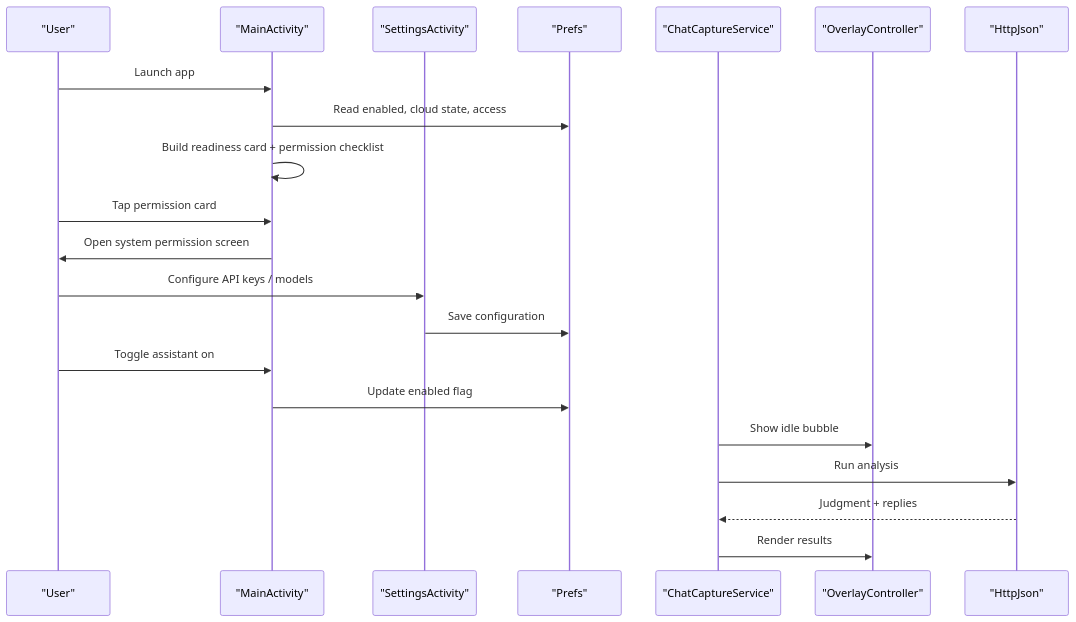
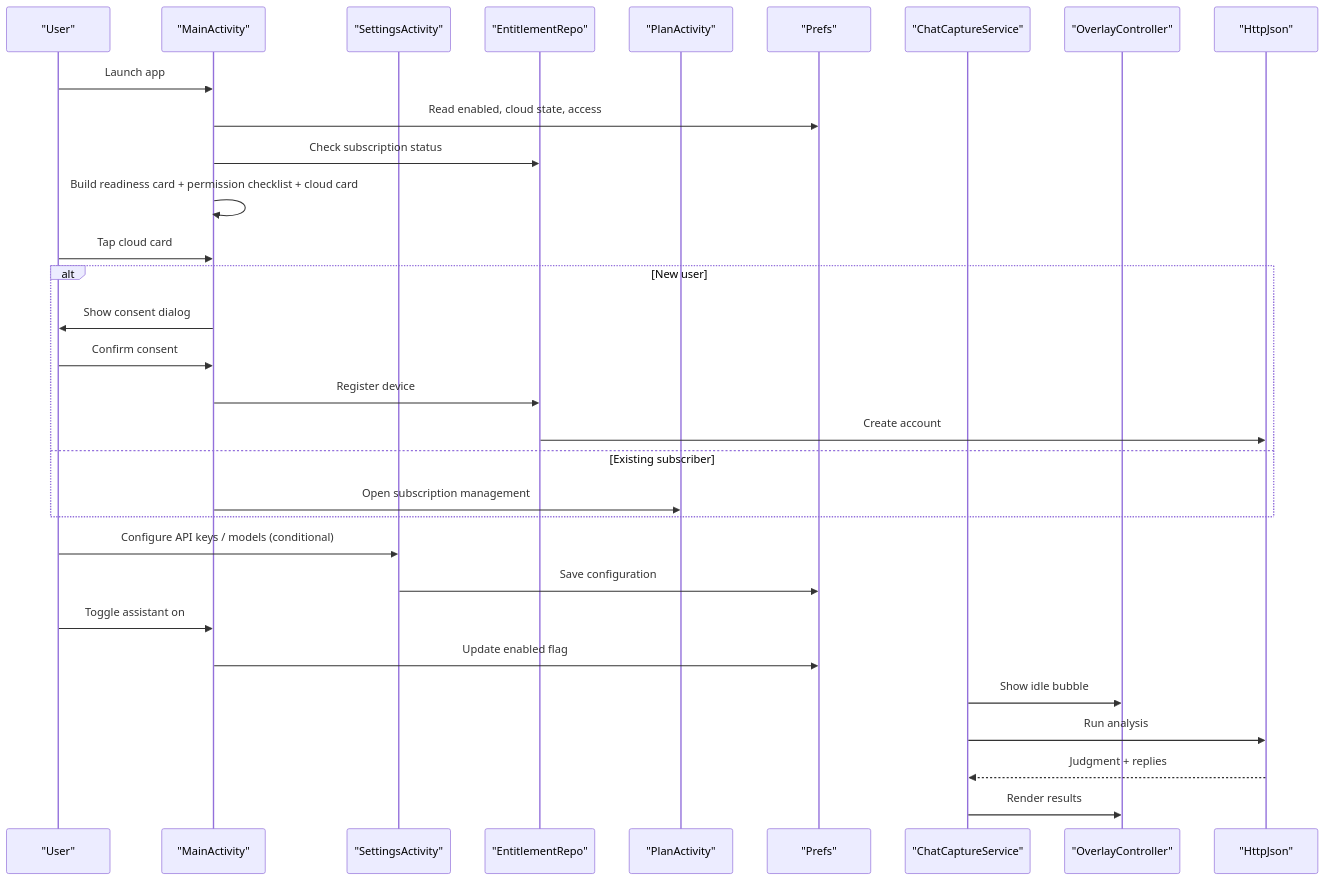
One commit to DeloYong/jev-chat-jarvis changed the second of 10 diagrams in .qoder/repowiki/en/content/User Interface Components/Main Application Interface.md. Above: the diagram before and after it, drawn with Mermaid. The commit also changed other lines of this file and 66 other files, not shown here.

````diff
--- a/.qoder/repowiki/en/content/User Interface Components/Main Application Interface.md
+++ b/.qoder/repowiki/en/content/User Interface Components/Main Application Interface.md
@@ -100,23 +122,33 @@
 ```mermaid
 sequenceDiagram
 participant User as "User"
 participant MainActivity as "MainActivity"
 participant Settings as "SettingsActivity"
+participant Billing as "EntitlementRepo"
+participant Plan as "PlanActivity"
 participant Prefs as "Prefs"
 participant Service as "ChatCaptureService"
 participant Overlay as "OverlayController"
 participant Network as "HttpJson"
 User->>MainActivity : Launch app
 MainActivity->>Prefs : Read enabled, cloud state, access
-MainActivity->>MainActivity : Build readiness card + permission checklist
-User->>MainActivity : Tap permission card
-MainActivity->>User : Open system permission screen
-User->>Settings : Configure API keys / models
+MainActivity->>Billing : Check subscription status
+MainActivity->>MainActivity : Build readiness card + permission checklist + cloud card
+User->>MainActivity : Tap cloud card
+alt New user
+MainActivity->>User : Show consent dialog
+User->>MainActivity : Confirm consent
+MainActivity->>Billing : Register device
+Billing->>Network : Create account
+else Existing subscriber
+MainActivity->>Plan : Open subscription management
+end
+User->>Settings : Configure API keys / models (conditional)
 Settings->>Prefs : Save configuration
 User->>MainActivity : Toggle assistant on
 MainActivity->>Prefs : Update enabled flag
 Service->>Overlay : Show idle bubble
 Service->>Network : Run analysis
 Network-->>Service : Judgment + replies
 Service->>Overlay : Render results
 ```
````
